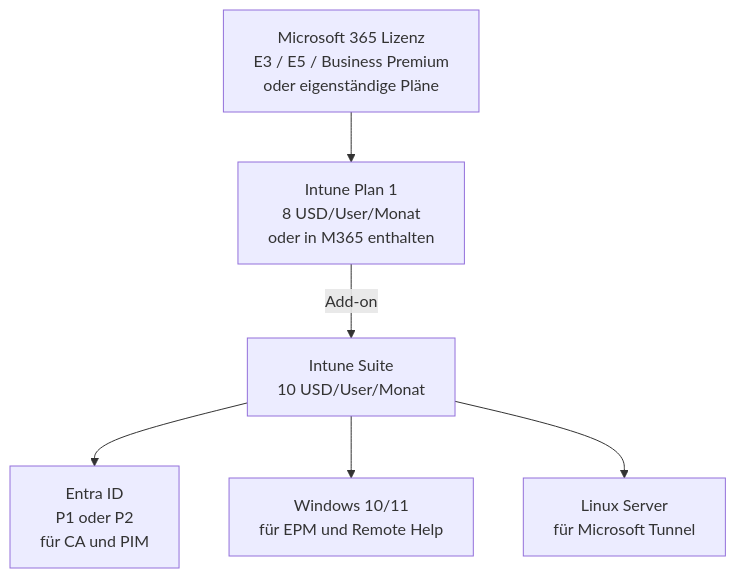
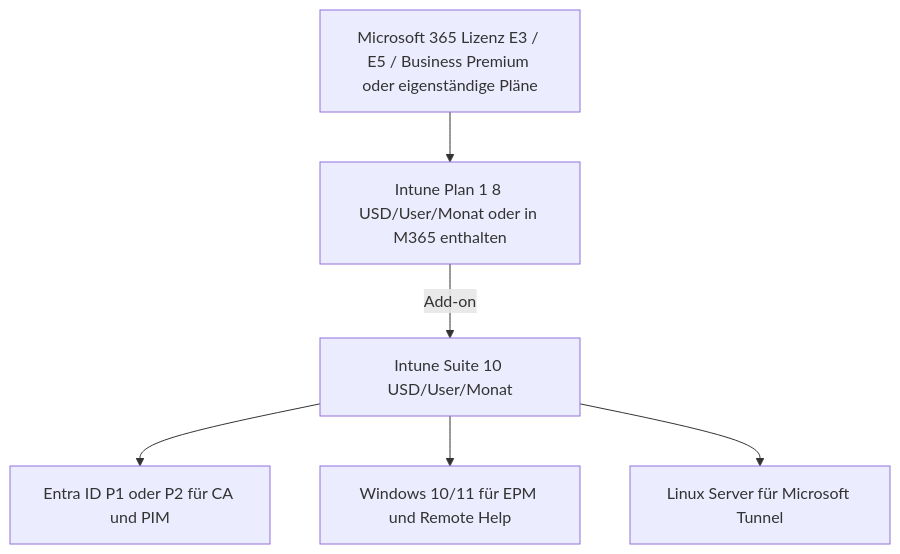
One commit to SoniiiT/notes-n-docs changed the second of 4 diagrams in Microsoft 365/Intune Suite/Microsoft Intune Suite Überblick.md. Above: the diagram before and after it, drawn with Mermaid. The commit also changed other lines of this file and 124 other files, not shown here.

First line of the commit message:
fix: Entferne \n aus allen Mermaid-Diagrammen (125 Dateien)

````diff
--- a/Microsoft 365/Intune Suite/Microsoft Intune Suite Überblick.md
+++ b/Microsoft 365/Intune Suite/Microsoft Intune Suite Überblick.md
@@ -130,9 +130,9 @@
 ```mermaid
 graph TD
-    M365[Microsoft 365 Lizenz\nE3 / E5 / Business Premium\noder eigenständige Pläne] --> INTUNE_P1[Intune Plan 1\n8 USD/User/Monat\noder in M365 enthalten]
-    INTUNE_P1 -->|Add-on| SUITE[Intune Suite\n10 USD/User/Monat]
+    M365[Microsoft 365 Lizenz E3 / E5 / Business Premium oder eigenständige Pläne] --> INTUNE_P1[Intune Plan 1 8 USD/User/Monat oder in M365 enthalten]
+    INTUNE_P1 -->|Add-on| SUITE[Intune Suite 10 USD/User/Monat]
     
-    SUITE --> ENTRA[Entra ID\nP1 oder P2\nfür CA und PIM]
-    SUITE --> WIN[Windows 10/11\nfür EPM und Remote Help]
-    SUITE --> LINUX[Linux Server\nfür Microsoft Tunnel]
+    SUITE --> ENTRA[Entra ID P1 oder P2 für CA und PIM]
+    SUITE --> WIN[Windows 10/11 für EPM und Remote Help]
+    SUITE --> LINUX[Linux Server für Microsoft Tunnel]
 ```
````
